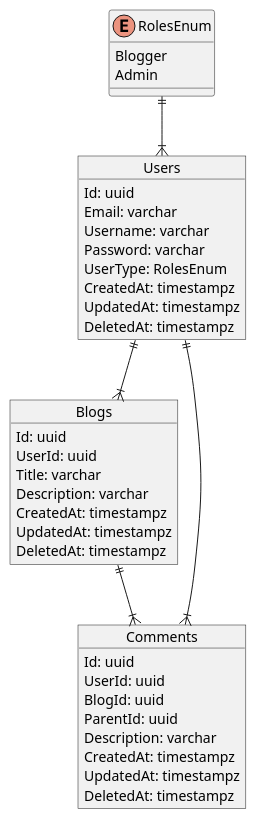
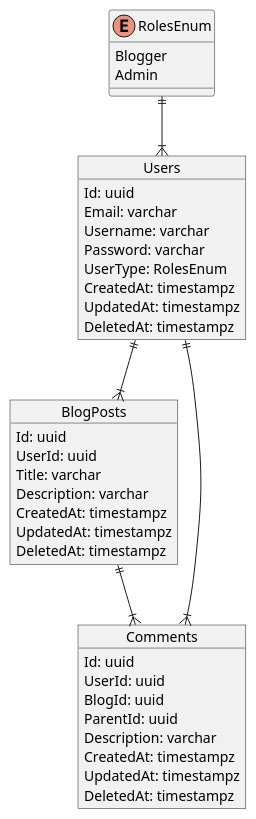
One commit to kelvinlee0225/blogmaster changed the diagram in src/database/database-structure.md. Above: the diagram before and after it, drawn with PlantUML. The commit also changed 3 other files, not shown here.

```diff
--- a/src/database/database-structure.md
+++ b/src/database/database-structure.md
@@ -1,45 +1,45 @@
 @startuml
 
 object Users {
 Id: uuid
 Email: varchar
 Username: varchar
 Password: varchar
 UserType: RolesEnum
 CreatedAt: timestampz
 UpdatedAt: timestampz
 DeletedAt: timestampz
 }
 
 enum RolesEnum {
 Blogger
 Admin
 }
 
-object Blogs {
+object BlogPosts {
 Id: uuid
 UserId: uuid
 Title: varchar
 Description: varchar
 CreatedAt: timestampz
 UpdatedAt: timestampz
 DeletedAt: timestampz
 }
 
 object Comments {
 Id: uuid
 UserId: uuid
 BlogId: uuid
 ParentId: uuid
 Description: varchar
 CreatedAt: timestampz
 UpdatedAt: timestampz
 DeletedAt: timestampz
 }
 
-Users ||--|{ Blogs
+Users ||--|{ BlogPosts
 Users ||--|{ Comments
-Blogs ||--|{ Comments
+BlogPosts ||--|{ Comments
 RolesEnum ||--|{ Users
 
 @enduml
```
